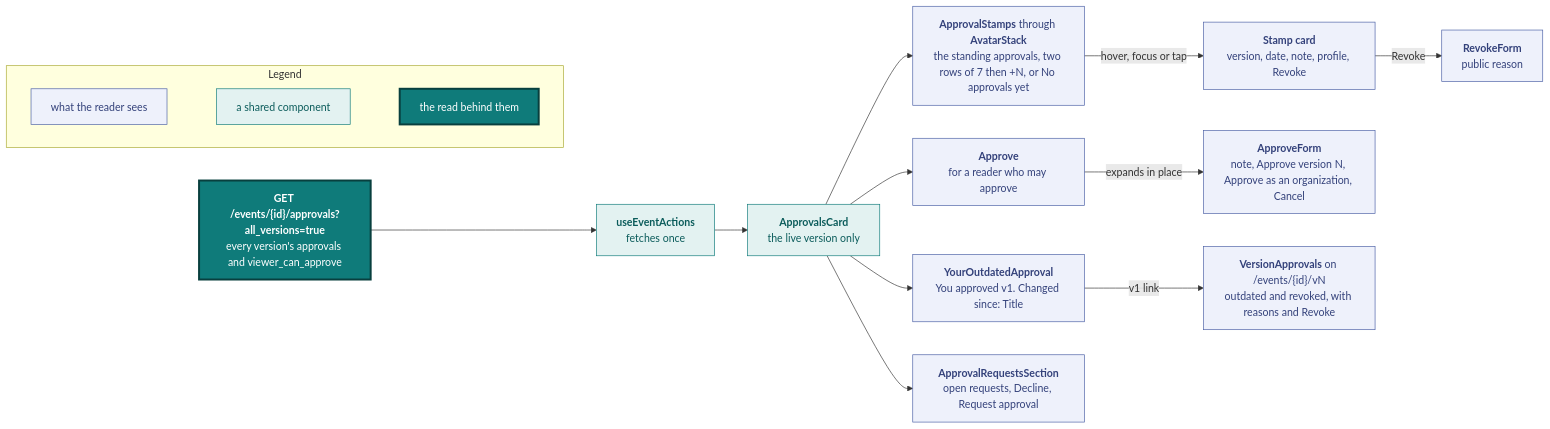
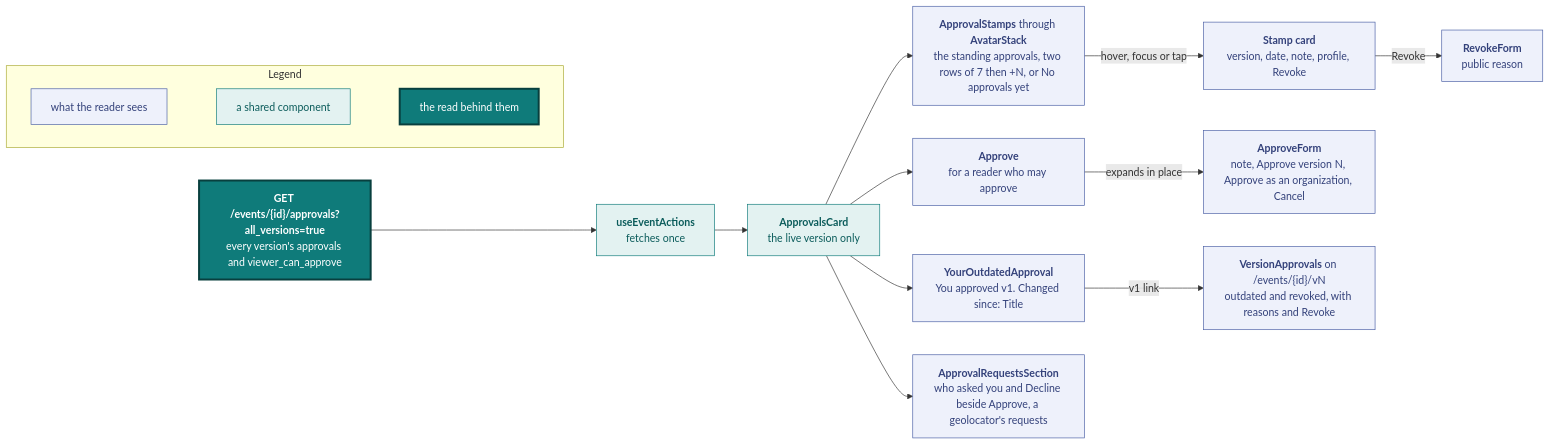
Before and after one commit to vidithq/vidit: the sixth of 11 diagrams in docs/design.md, drawn with Mermaid. The commit also changed other lines of this file and 6 other files, not shown here.

First line of the commit message:
feat(event): show an incoming approval request beside approve

````diff
--- a/docs/design.md
+++ b/docs/design.md
@@ -592,47 +592,47 @@
 ```mermaid
 flowchart LR
   classDef spec fill:#eef1fb,stroke:#4a5fa5,color:#33417a
   classDef shared fill:#e3f2f1,stroke:#0f7b7a,color:#0b5c5b
   classDef core fill:#0f7b7a,stroke:#083f3e,stroke-width:3px,color:#ffffff
 
   subgraph legend [Legend]
     direction LR
     l1["`what the reader sees`"]:::spec
     l2["`a shared component`"]:::shared
     l3["`the read behind them`"]:::core
     l1 ~~~ l2 ~~~ l3
   end
 
   read["`**GET /events/{id}/approvals?all_versions=true**
   every version's approvals and viewer_can_approve`"]:::core
   hook["`**useEventActions**
   fetches once`"]:::shared
   card["`**ApprovalsCard**
   the live version only`"]:::shared
   stamps["`**ApprovalStamps** through **AvatarStack**
   the standing approvals, two rows of 7 then +N, or No approvals yet`"]:::spec
   stampcard["`**Stamp card**
   version, date, note, profile, Revoke`"]:::spec
   revoke["`**RevokeForm**
   public reason`"]:::spec
   own["`**YourOutdatedApproval**
   You approved v1. Changed since: Title`"]:::spec
   approve["`**Approve**
   for a reader who may approve`"]:::spec
   form["`**ApproveForm**
   note, Approve version N, Approve as an organization, Cancel`"]:::spec
   requests["`**ApprovalRequestsSection**
-  open requests, Decline, Request approval`"]:::spec
+  who asked you and Decline beside Approve, a geolocator's requests`"]:::spec
   vn["`**VersionApprovals** on /events/{id}/vN
   outdated and revoked, with reasons and Revoke`"]:::spec
 
   read --> hook --> card
   card --> stamps
   card --> own
   card --> approve
   card --> requests
   stamps -->|"hover, focus or tap"| stampcard
   stampcard -->|"Revoke"| revoke
   approve -->|"expands in place"| form
   own -->|"v1 link"| vn
 ```
````
